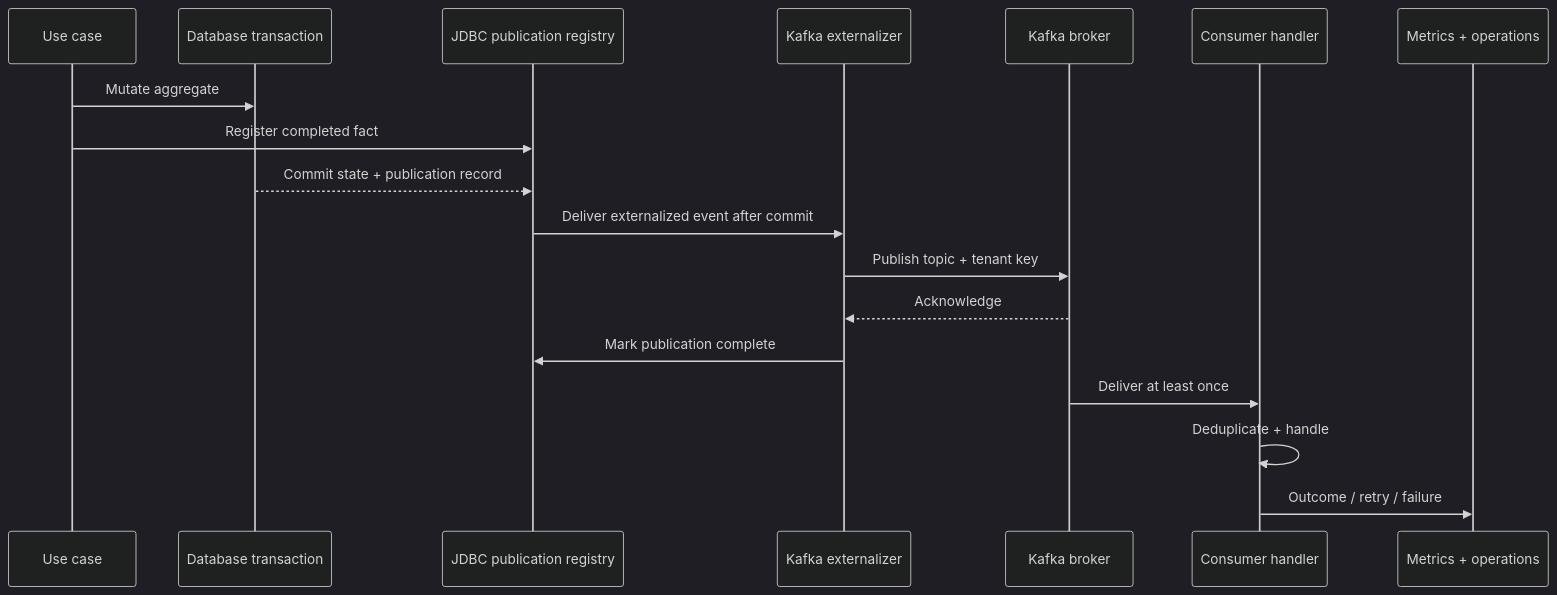
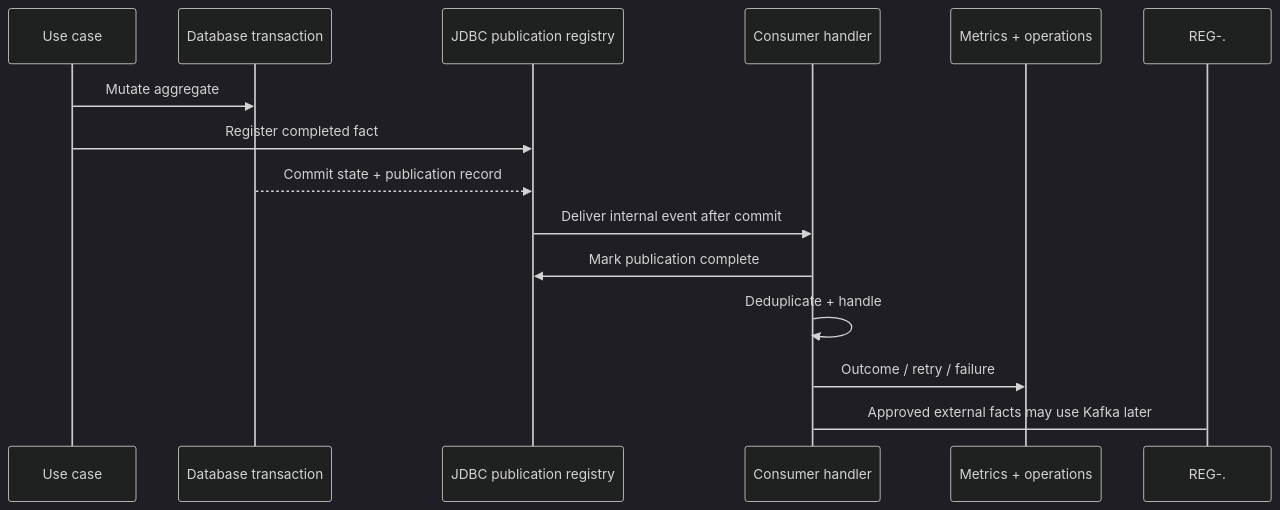
The second of 2 diagrams in docs/architecture/01-backend/events.md (migangdelzar/emme-service), drawn with Mermaid (dark theme) before and after one commit. The commit also changed other lines of this file and 9 other files, not shown here.

````diff
--- a/docs/architecture/01-backend/events.md
+++ b/docs/architecture/01-backend/events.md
@@ -88,21 +93,17 @@
 ```mermaid
 sequenceDiagram
     participant U as Use case
     participant TX as Database transaction
     participant REG as JDBC publication registry
-    participant K as Kafka externalizer
-    participant B as Kafka broker
     participant H as Consumer handler
     participant OBS as Metrics + operations
 
     U->>TX: Mutate aggregate
     U->>REG: Register completed fact
     TX-->>REG: Commit state + publication record
-    REG->>K: Deliver externalized event after commit
-    K->>B: Publish topic + tenant key
-    B-->>K: Acknowledge
-    K->>REG: Mark publication complete
-    B->>H: Deliver at least once
+    REG->>H: Deliver internal event after commit
+    H->>REG: Mark publication complete
     H->>H: Deduplicate + handle
     H->>OBS: Outcome / retry / failure
+    REG-.->H: Approved external facts may use Kafka later
 ```
````
